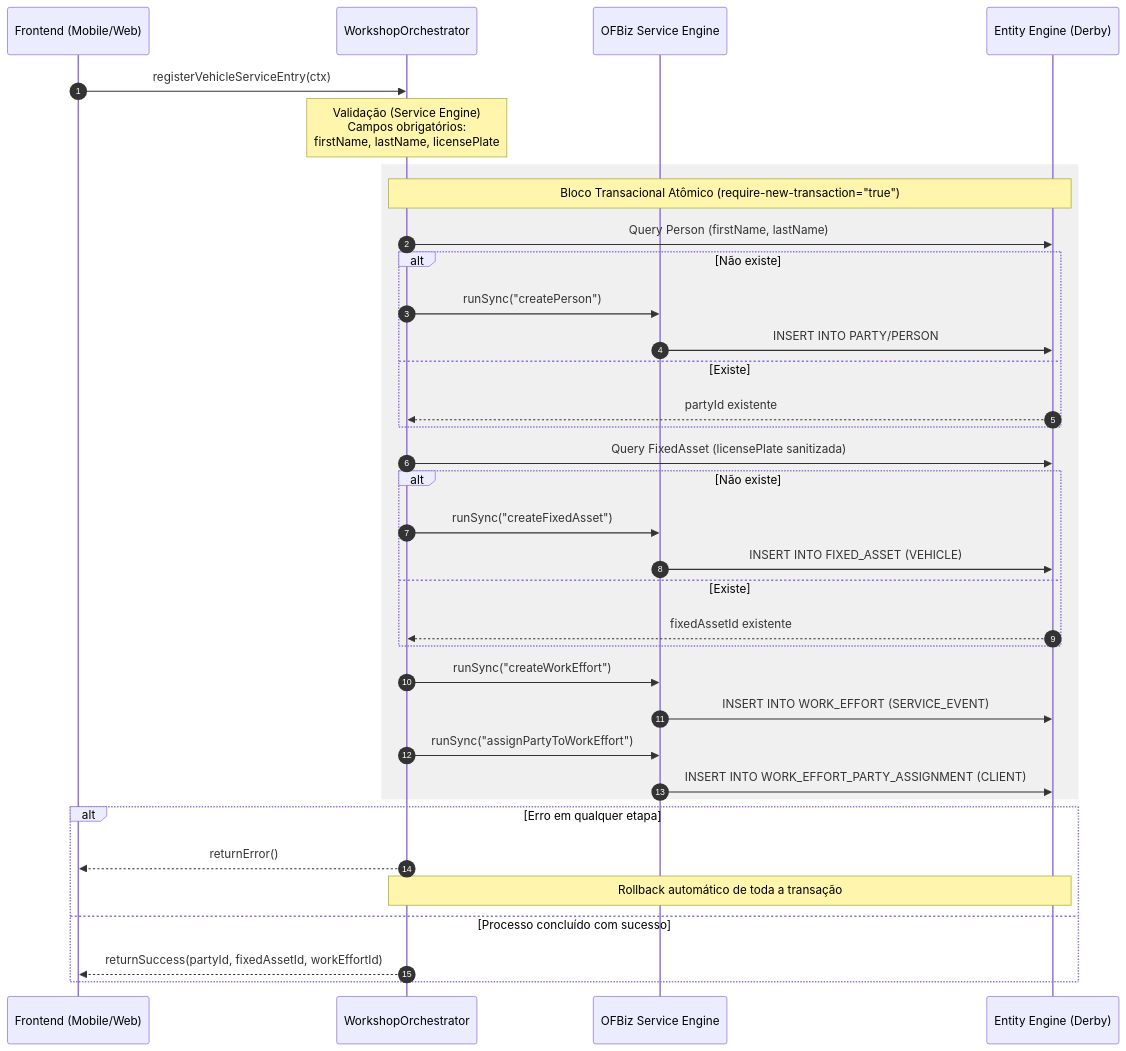
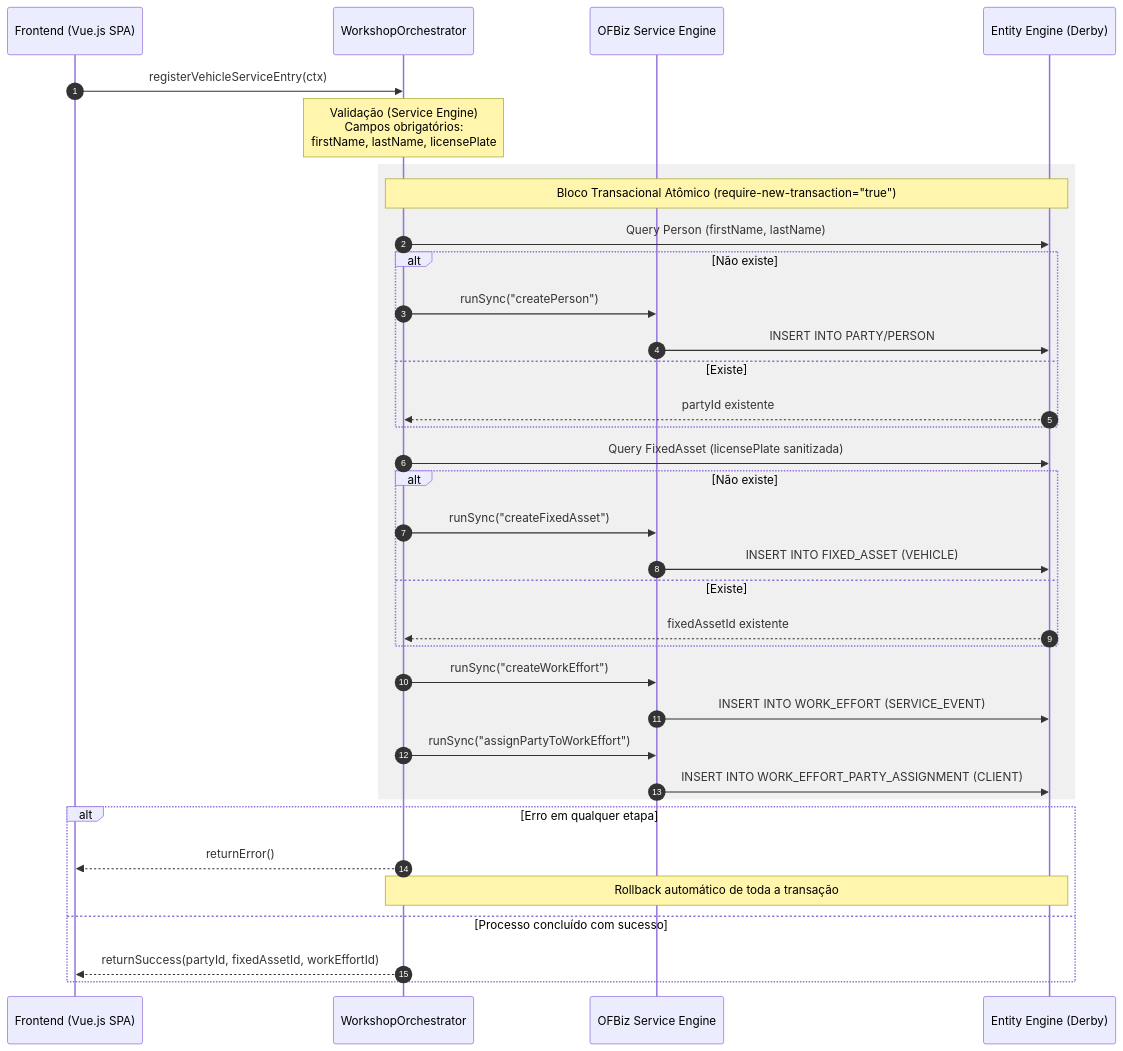
Before and after one commit to j0n4srr/khepri-orchestrator: the second of 2 diagrams in README.md, drawn with Mermaid. The commit also changed other lines of this file, not shown here.

Commit message:
docs: update README with project architecture and setup details

````diff
--- a/README.md
+++ b/README.md
@@ -65,48 +64,47 @@
 ```mermaid
 sequenceDiagram
     autonumber
 
-    participant UI as Frontend (Mobile/Web)
+    participant UI as Frontend (Vue.js SPA)
     participant BFF as WorkshopOrchestrator
     participant Core as OFBiz Service Engine
     participant DB as Entity Engine (Derby)
 
     UI->>BFF: registerVehicleServiceEntry(ctx)
 
     Note over BFF: Validação (Service Engine)<br/>Campos obrigatórios:<br/>firstName, lastName, licensePlate
 
     rect rgb(240, 240, 240)
         Note over BFF, DB: Bloco Transacional Atômico (require-new-transaction="true")
 
         BFF->>DB: Query Person (firstName, lastName)
         alt Não existe
             BFF->>Core: runSync("createPerson")
             Core->>DB: INSERT INTO PARTY/PERSON
         else Existe
             DB-->>BFF: partyId existente
         end
 
         BFF->>DB: Query FixedAsset (licensePlate sanitizada)
         alt Não existe
             BFF->>Core: runSync("createFixedAsset")
             Core->>DB: INSERT INTO FIXED_ASSET (VEHICLE)
         else Existe
             DB-->>BFF: fixedAssetId existente
         end
 
         BFF->>Core: runSync("createWorkEffort")
         Core->>DB: INSERT INTO WORK_EFFORT (SERVICE_EVENT)
 
         BFF->>Core: runSync("assignPartyToWorkEffort")
         Core->>DB: INSERT INTO WORK_EFFORT_PARTY_ASSIGNMENT (CLIENT)
     end
 
     alt Erro em qualquer etapa
         BFF-->>UI: returnError()
         Note over BFF, DB: Rollback automático de toda a transação
     else Processo concluído com sucesso
         BFF-->>UI: returnSuccess(partyId, fixedAssetId, workEffortId)
     end
 
-
 ```
````
